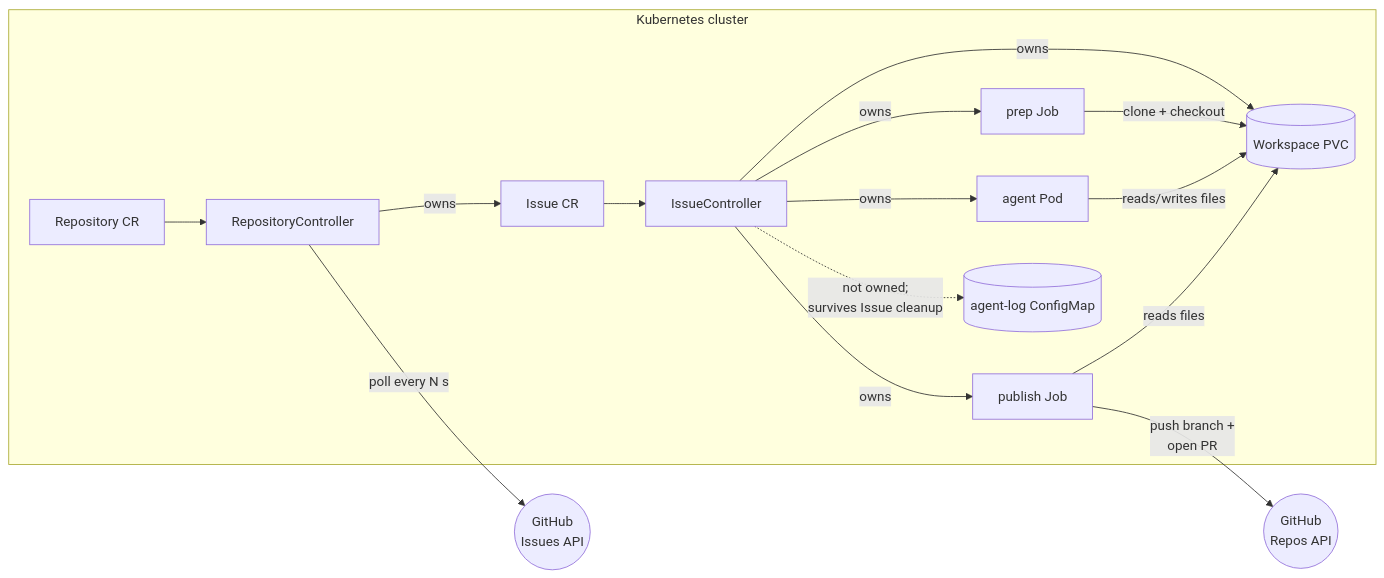
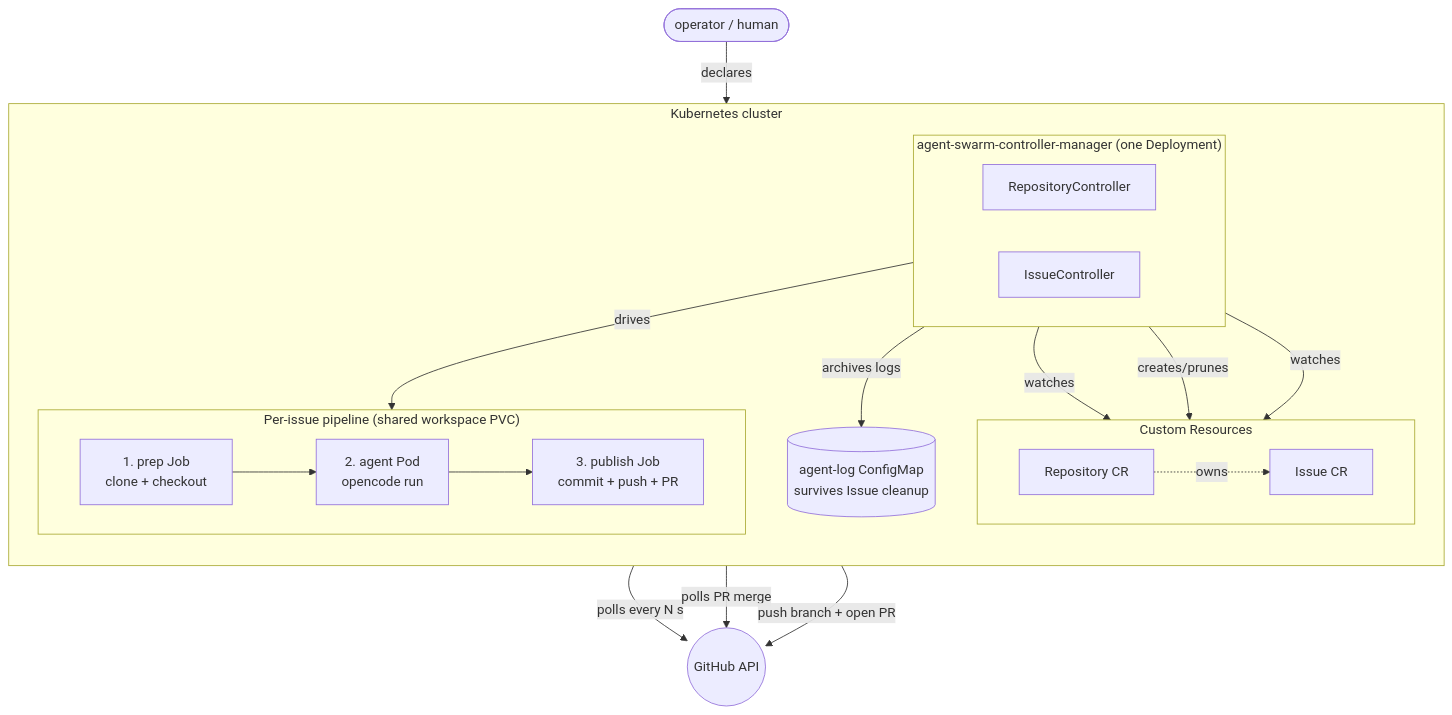
Before and after one commit to pontusc/agent-swarm: the first of 3 diagrams in operator/README.md, drawn with Mermaid. The commit also changed other lines of this file, not shown here.

First line of the commit message:
Update diagrams

````diff
--- a/operator/README.md
+++ b/operator/README.md
@@ -18,30 +18,44 @@
 ```mermaid
-flowchart LR
+flowchart TB
+    operator([operator / human])
+    gh((GitHub API))
+
     subgraph cluster["Kubernetes cluster"]
-        repoCR[Repository CR]
-        repoCtrl[RepositoryController]
-        issueCR[Issue CR]
-        issueCtrl[IssueController]
-        pvc[(Workspace PVC)]
-        prep[prep Job]
-        agent[agent Pod]
-        publish[publish Job]
-        cm[(agent-log ConfigMap)]
+        direction TB
+
+        subgraph crs["Custom Resources"]
+            direction LR
+            repoCR[Repository CR]
+            issueCR[Issue CR]
+            repoCR -. owns .-> issueCR
+        end
+
+        subgraph mgr["agent-swarm-controller-manager (one Deployment)"]
+            direction LR
+            repoCtrl[RepositoryController]
+            issueCtrl[IssueController]
+        end
+
+        subgraph pipeline["Per-issue pipeline (shared workspace PVC)"]
+            direction LR
+            prep[1. prep Job<br/>clone + checkout]
+            agent[2. agent Pod<br/>opencode run]
+            publish[3. publish Job<br/>commit + push + PR]
+            prep --> agent --> publish
+        end
+
+        cm[(agent-log ConfigMap<br/>survives Issue cleanup)]
     end
-    ghIssues((GitHub<br/>Issues API))
-    ghRepo((GitHub<br/>Repos API))
 
-    repoCR --> repoCtrl
-    repoCtrl -->|poll every N s| ghIssues
-    repoCtrl -->|owns| issueCR
-    issueCR --> issueCtrl
-    issueCtrl -->|owns| pvc
-    issueCtrl -->|owns| prep
-    issueCtrl -->|owns| agent
-    issueCtrl -->|owns| publish
-    issueCtrl -.->|not owned;<br/>survives Issue cleanup| cm
-    prep -->|clone + checkout| pvc
-    agent -->|reads/writes files| pvc
-    publish -->|reads files| pvc
-    publish -->|push branch +<br/>open PR| ghRepo
+    operator -- declares --> repoCR
+    repoCtrl -- watches --> repoCR
+    repoCtrl -- polls every N s --> gh
+    repoCtrl -- creates/prunes --> issueCR
+
+    issueCtrl -- watches --> issueCR
+    issueCtrl -- drives --> pipeline
+    issueCtrl -- archives logs --> cm
+    issueCtrl -- polls PR merge --> gh
+
+    publish -- push branch + open PR --> gh
 ```
````
